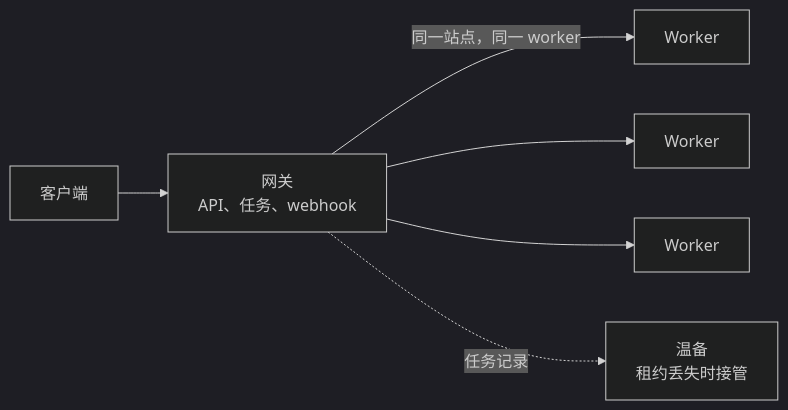
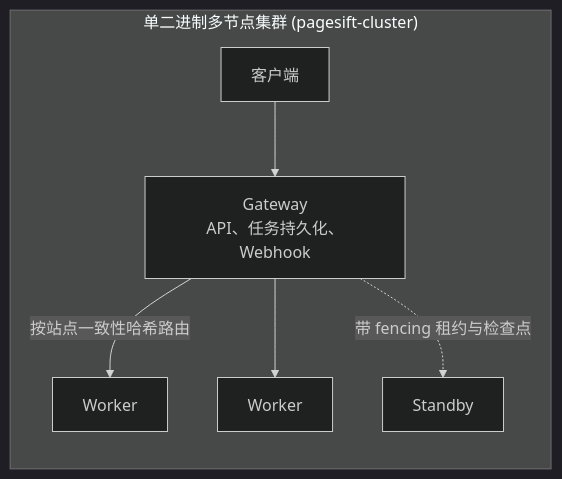
Before and after one commit to YOLOW92/pagesift: the fourth of 4 diagrams in docs/README.zh-CN.md, drawn with Mermaid (dark theme). The commit also changed other lines of this file and 77 other files, not shown here.

````diff
--- a/docs/README.zh-CN.md
+++ b/docs/README.zh-CN.md
@@ -307,8 +200,9 @@
 ```mermaid
 flowchart LR
-    C[客户端] --> G[网关<br/>API、任务、webhook]
-    G -->|同一站点，同一 worker| W1[Worker]
-    G --> W2[Worker]
-    G --> W3[Worker]
-    G -.->|任务记录| S[温备<br/>租约丢失时接管]
+    subgraph Fleet["单二进制多节点集群 (pagesift-cluster)"]
+        C[客户端] --> G[Gateway<br/>API、任务持久化、Webhook]
+        G -->|按站点一致性哈希路由| W1[Worker]
+        G --> W2[Worker]
+        G -.->|带 fencing 租约与检查点| S[Standby]
+    end
 ```
````
